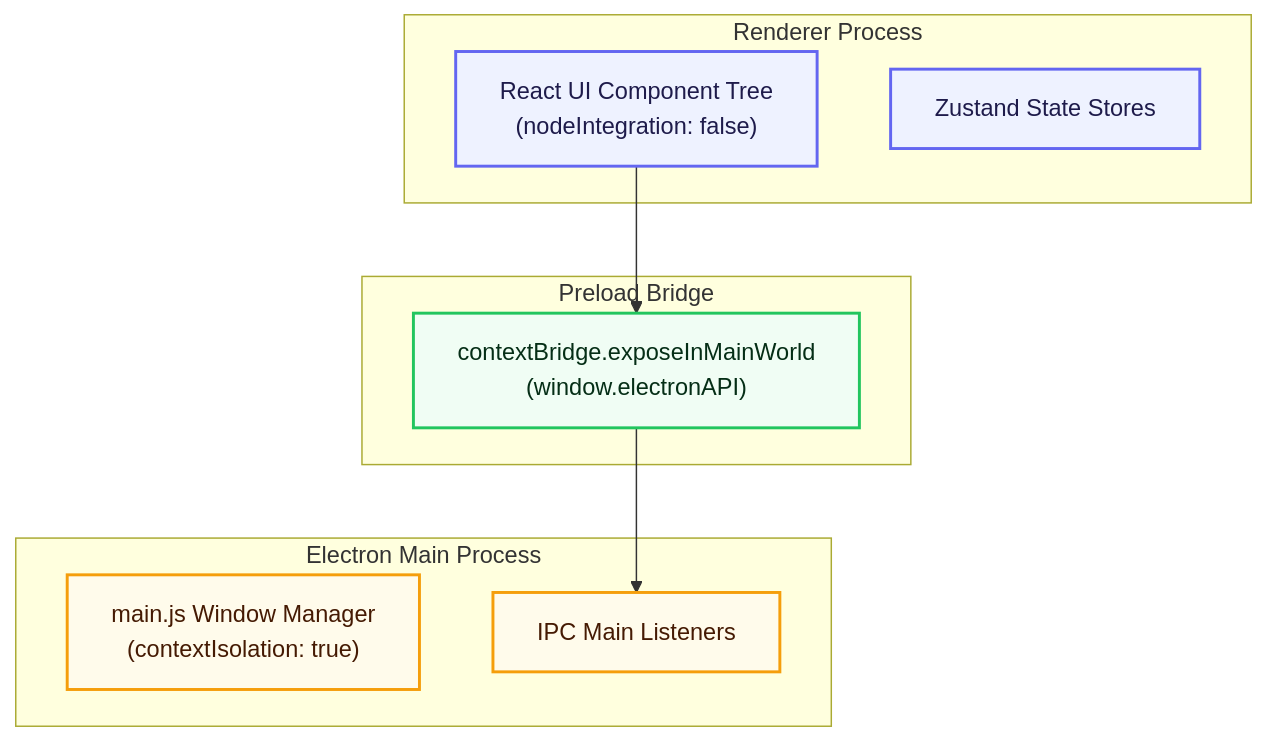
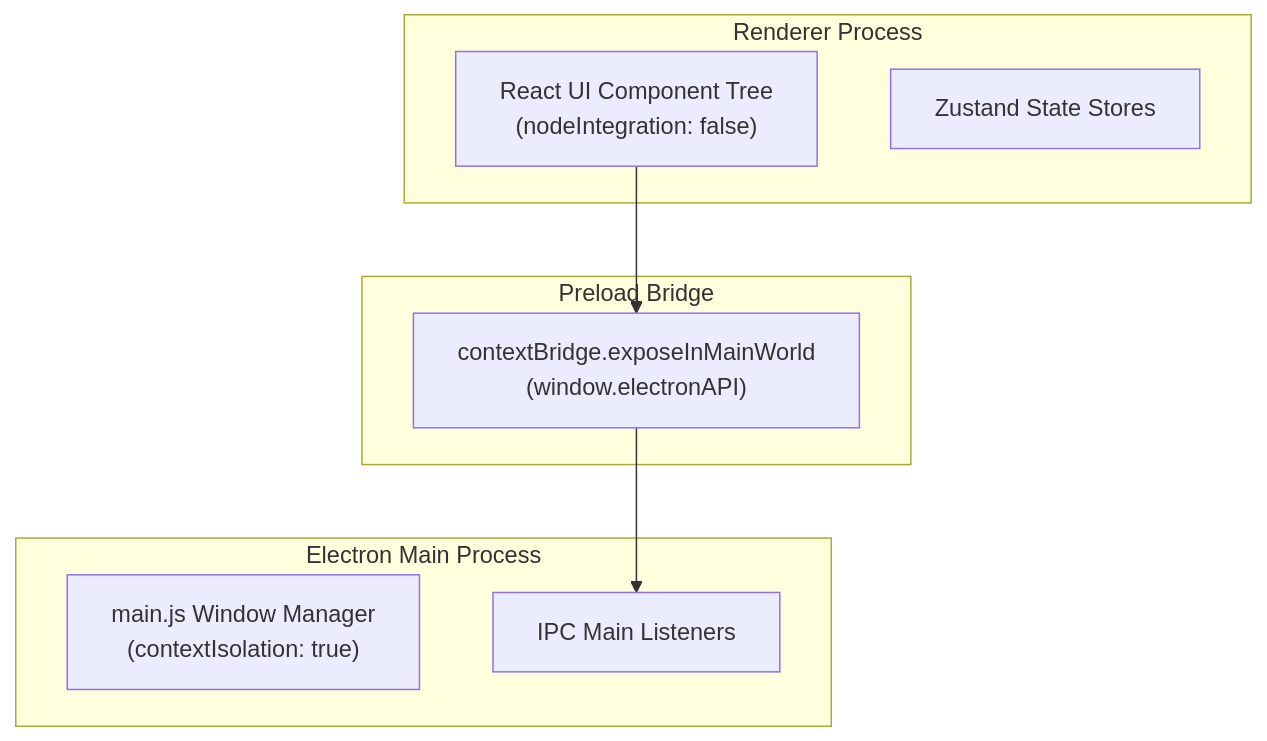
Before and after one commit to Telegramonic/telegramonic: the diagram in docs/product/system-design.md, drawn with Mermaid. The commit also changed 11 other files, not shown here.

First line of the commit message:
feat(TEL-22): enhance mermaid rendering layout and text visibility

````diff
--- a/docs/product/system-design.md
+++ b/docs/product/system-design.md
@@ -25,24 +25,19 @@
 ```mermaid
 graph TD
-    %% Styling
-    classDef renderer fill:#eef2ff,stroke:#6366f1,stroke-width:2px,color:#1e1b4b;
-    classDef preload fill:#f0fdf4,stroke:#22c55e,stroke-width:2px,color:#052e16;
-    classDef main fill:#fffbeb,stroke:#f59e0b,stroke-width:2px,color:#451a03;
-
     subgraph RendererProcess ["Renderer Process"]
-        UI["React UI Component Tree<br/>(nodeIntegration: false)"]:::renderer
-        Zustand["Zustand State Stores"]:::renderer
+        UI["React UI Component Tree<br/>(nodeIntegration: false)"]
+        Zustand["Zustand State Stores"]
     end
 
     subgraph PreloadBridge ["Preload Bridge"]
-        API["contextBridge.exposeInMainWorld<br/>(window.electronAPI)"]:::preload
+        API["contextBridge.exposeInMainWorld<br/>(window.electronAPI)"]
     end
 
     subgraph MainProcess ["Electron Main Process"]
-        ElectronMain["main.js Window Manager<br/>(contextIsolation: true)"]:::main
-        IPCListener["IPC Main Listeners"]:::main
+        ElectronMain["main.js Window Manager<br/>(contextIsolation: true)"]
+        IPCListener["IPC Main Listeners"]
     end
 
     UI --> API
     API --> IPCListener
 ```
````
